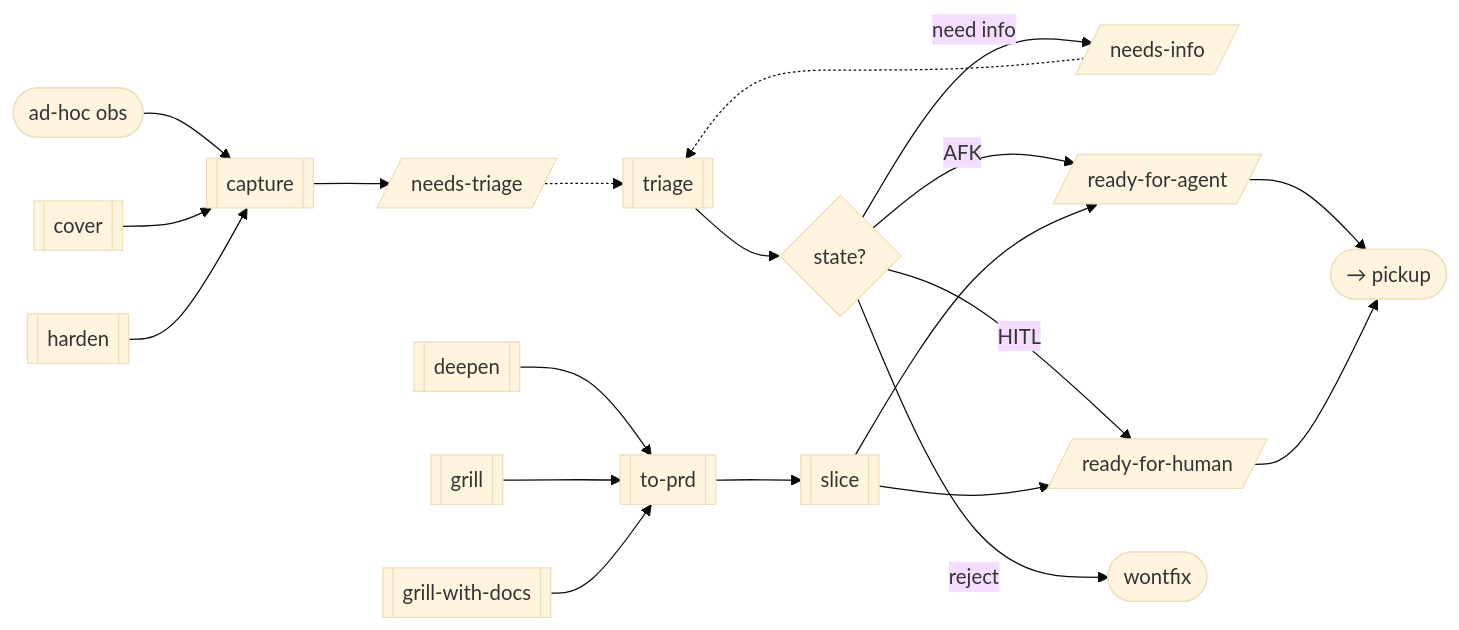
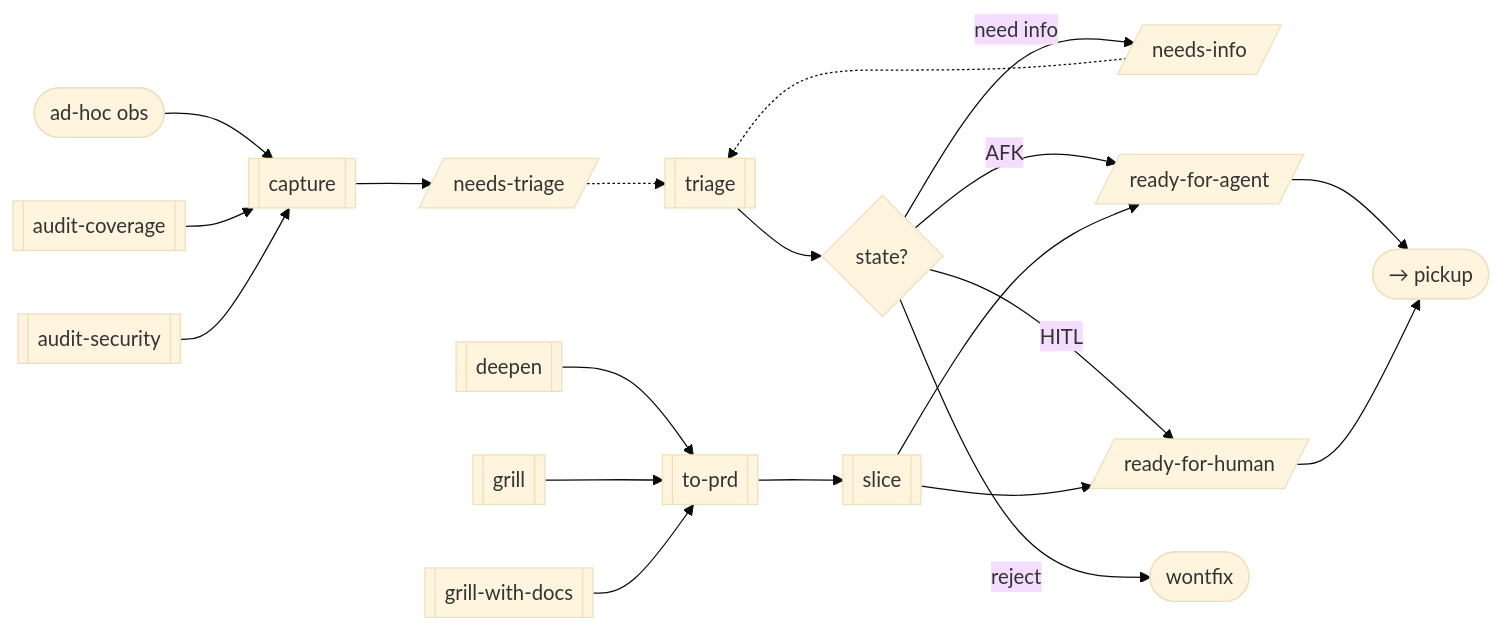
One commit to krixon/skills changed the first of 2 diagrams in skills/WORKFLOWS.md. Above: the diagram before and after it, drawn with Mermaid (base theme). The commit also changed other lines of this file and 6 other files, not shown here.

````diff
--- a/skills/WORKFLOWS.md
+++ b/skills/WORKFLOWS.md
@@ -11,24 +11,24 @@
 ```mermaid
 flowchart LR
     obs([ad-hoc obs]) --> capture[[capture]]
-    cover[[cover]] --> capture
-    harden[[harden]] --> capture
+    auditcoverage[[audit-coverage]] --> capture
+    auditsecurity[[audit-security]] --> capture
     capture --> nt[/needs-triage/]
     nt -.-> triage[[triage]]
     triage --> d{state?}
     d -->|need info| ni[/needs-info/]
     ni -.-> triage
     d -->|AFK| rfa[/ready-for-agent/]
     d -->|HITL| rfh[/ready-for-human/]
     d -->|reject| wf([wontfix])
 
     deepen[[deepen]] --> toprd[[to-prd]]
     grill[[grill]] --> toprd
     gwd[[grill-with-docs]] --> toprd
     toprd --> slice[[slice]]
     slice --> rfa
     slice --> rfh
 
     rfa --> pu([→ pickup])
     rfh --> pu
 ```
````
